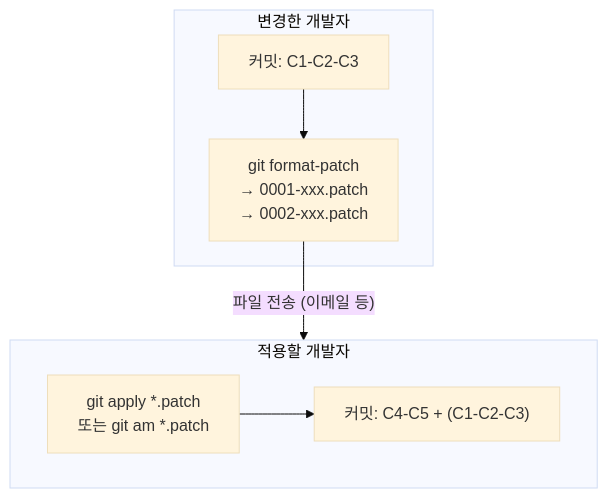
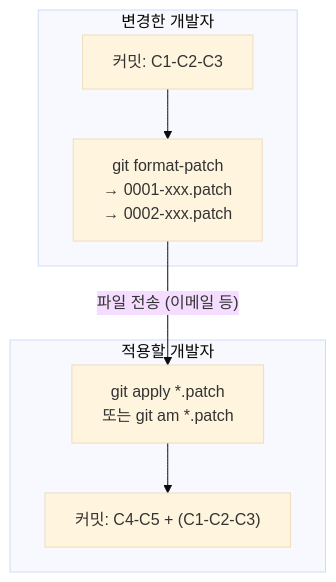
One commit to jingu279/Document changed the first of 2 diagrams in 05_Remote_Repositories/03_Patch_Operations.md. Above: the diagram before and after it, drawn with Mermaid (base theme). The commit also changed 16 other files, not shown here.

Commit message:
Fix all Mermaid rendering issues (subgraph-to-subgraph, unconnected nodes, reserved names, dashes)

````diff
--- a/05_Remote_Repositories/03_Patch_Operations.md
+++ b/05_Remote_Repositories/03_Patch_Operations.md
@@ -7,14 +7,14 @@
 ```mermaid
 flowchart TB
   subgraph Sender[변경한 개발자]
     C1["커밋: C1-C2-C3"] --> FP["git format-patch<br/>→ 0001-xxx.patch<br/>→ 0002-xxx.patch"]
   end
 
-  FP -->|"파일 전송 (이메일 등)"| Receiver
+  FP -->|"파일 전송 (이메일 등)"| R1
 
   subgraph Receiver[적용할 개발자]
     R1["git apply *.patch<br/>또는 git am *.patch"]
     R2["커밋: C4-C5 + (C1-C2-C3)"]
     R1 --> R2
   end
 ```
````
